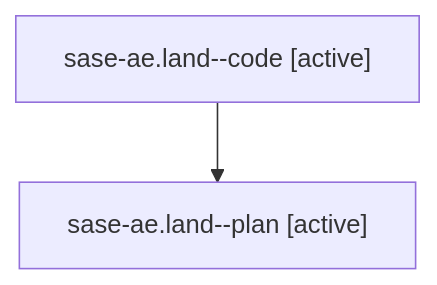
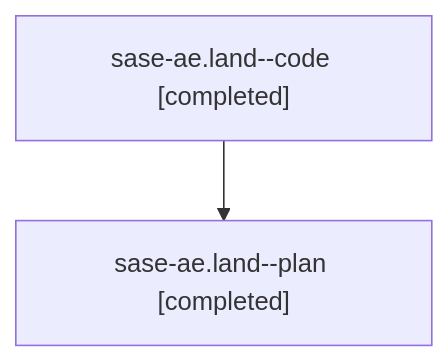
The diagram in families/bbugyi200.athena.sase-ae.land.md (sase-org/sase--agents), drawn with Mermaid before and after one commit. The commit also changed other lines of this file and 1002 other files, not shown here.

````diff
--- a/families/bbugyi200.athena.sase-ae.land.md
+++ b/families/bbugyi200.athena.sase-ae.land.md
@@ -9,6 +9,6 @@
 ```mermaid
 flowchart TD
-  n0["sase-ae.land--code [active]"]
-  n1["sase-ae.land--plan [active]"]
+  n0["sase-ae.land--code [completed]"]
+  n1["sase-ae.land--plan [completed]"]
   n0 --> n1
 ```
````
